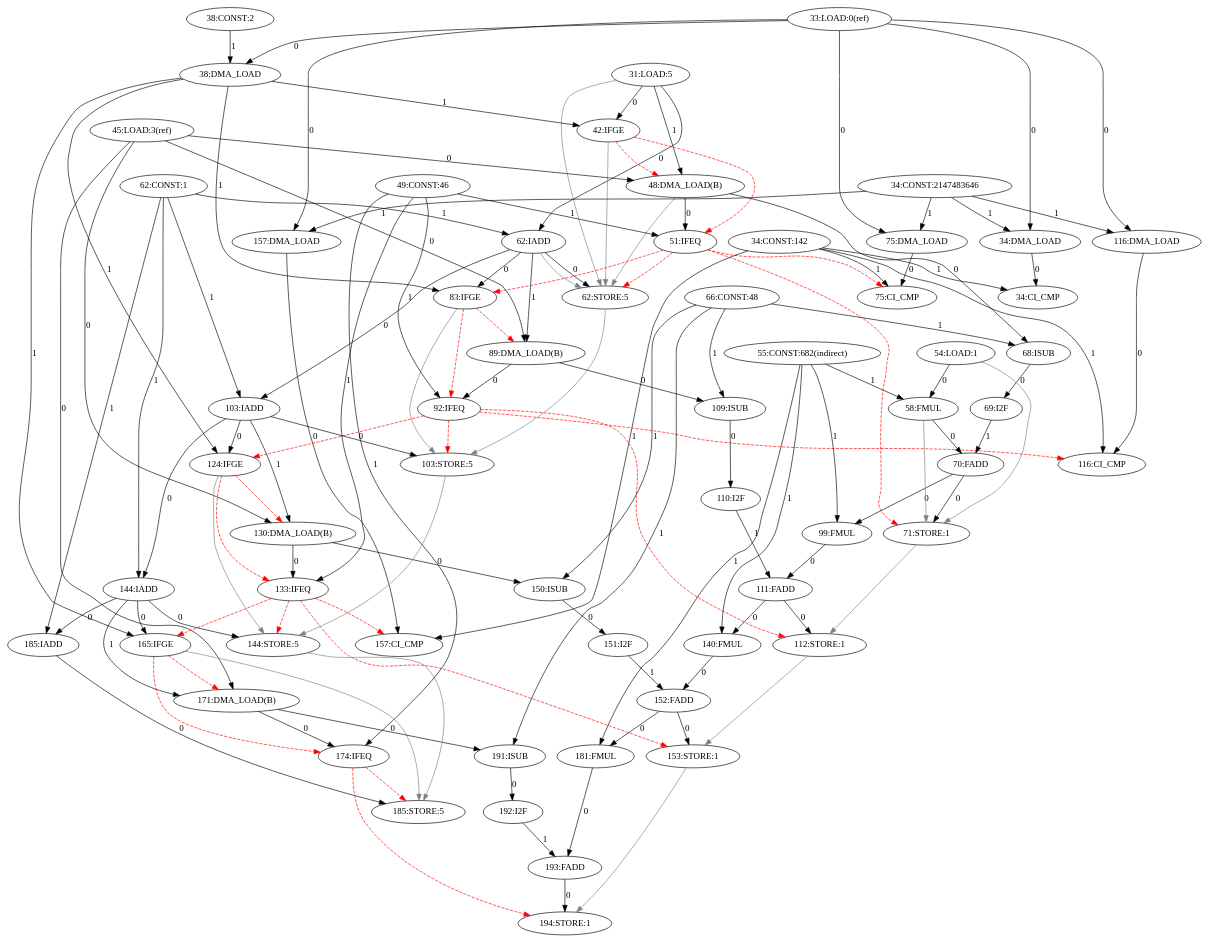
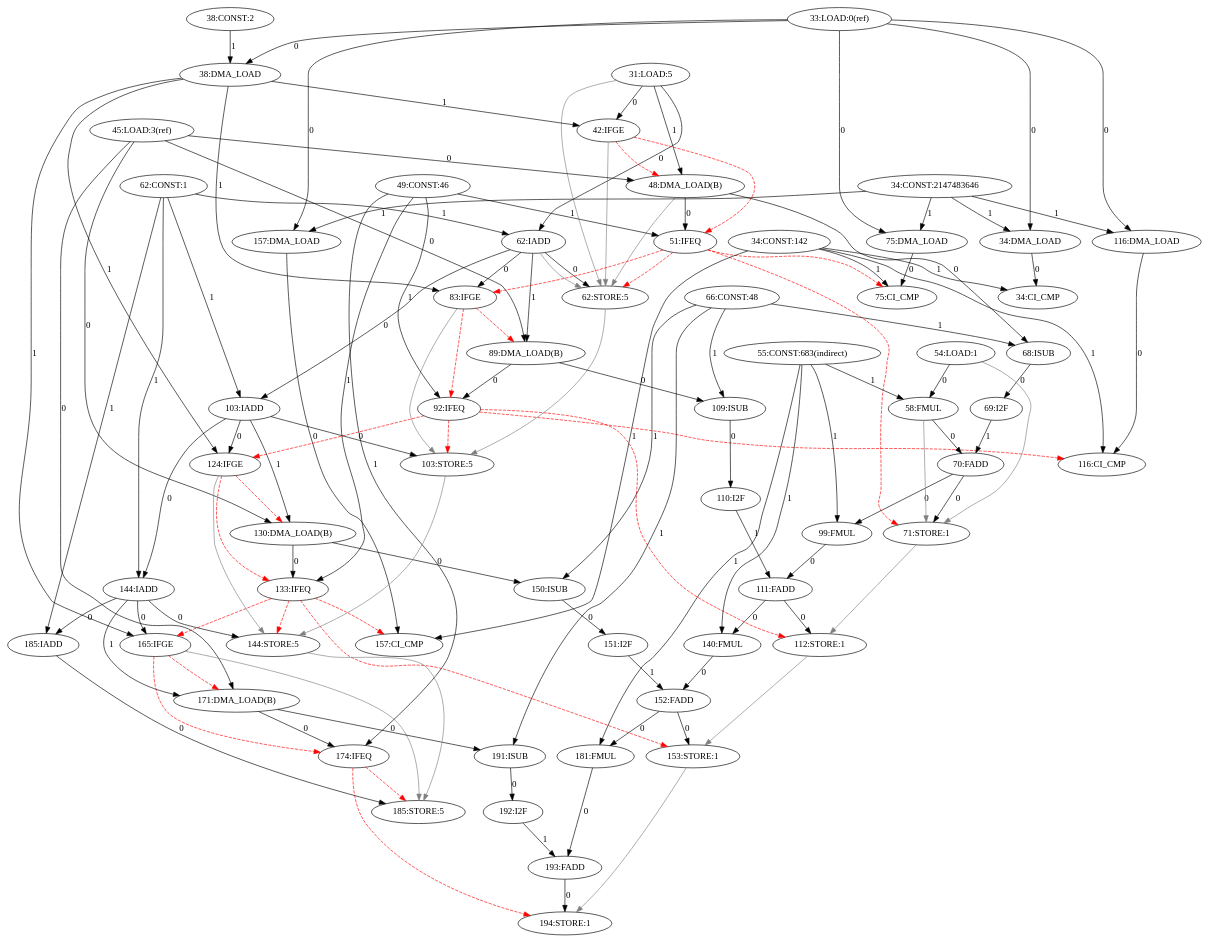
The diagram in amidar-sim2/Amidar/log/java.lang.Float.parseFloat(Ljava.lang.String;)F-31-198-CDFG.dot (Ana-Borg/CGRA-Versuch), drawn with Graphviz before and after one commit. The commit also changed 90 other files, not shown here.

```diff
--- a/amidar-sim2/Amidar/log/java.lang.Float.parseFloat(Ljava.lang.String;)F-31-198-CDFG.dot
+++ b/amidar-sim2/Amidar/log/java.lang.Float.parseFloat(Ljava.lang.String;)F-31-198-CDFG.dot
@@ -1,125 +1,125 @@
 digraph depgraph {
 "62:IADD" -> "62:STORE:5"[label=0];
 "31:LOAD:5" -> "62:STORE:5"[color=gray];
 "42:IFGE" -> "62:STORE:5"[color=gray];
 "48:DMA_LOAD(B)" -> "62:STORE:5"[color=gray];
 "51:IFEQ" -> "62:STORE:5"[color=red,style=dashed];
 "62:IADD" -> "62:STORE:5"[color=gray];
 "31:LOAD:5" -> "42:IFGE"[label=0];
 "38:DMA_LOAD" -> "42:IFGE"[label=1];
 "45:LOAD:3(ref)" -> "48:DMA_LOAD(B)"[label=0];
 "31:LOAD:5" -> "48:DMA_LOAD(B)"[label=1];
 "42:IFGE" -> "48:DMA_LOAD(B)"[color=red,style=dashed];
 "31:LOAD:5" -> "62:IADD"[label=0];
 "62:CONST:1" -> "62:IADD"[label=1];
 "33:LOAD:0(ref)" -> "34:DMA_LOAD"[label=0];
 "34:CONST:2147483646" -> "34:DMA_LOAD"[label=1];
 "33:LOAD:0(ref)" -> "38:DMA_LOAD"[label=0];
 "38:CONST:2" -> "38:DMA_LOAD"[label=1];
 "33:LOAD:0(ref)" -> "75:DMA_LOAD"[label=0];
 "34:CONST:2147483646" -> "75:DMA_LOAD"[label=1];
 "33:LOAD:0(ref)" -> "116:DMA_LOAD"[label=0];
 "34:CONST:2147483646" -> "116:DMA_LOAD"[label=1];
 "33:LOAD:0(ref)" -> "157:DMA_LOAD"[label=0];
 "34:CONST:2147483646" -> "157:DMA_LOAD"[label=1];
 "34:DMA_LOAD" -> "34:CI_CMP"[label=0];
 "34:CONST:142" -> "34:CI_CMP"[label=1];
 "75:DMA_LOAD" -> "75:CI_CMP"[label=0];
 "34:CONST:142" -> "75:CI_CMP"[label=1];
 "51:IFEQ" -> "75:CI_CMP"[color=red,style=dashed];
 "116:DMA_LOAD" -> "116:CI_CMP"[label=0];
 "34:CONST:142" -> "116:CI_CMP"[label=1];
 "92:IFEQ" -> "116:CI_CMP"[color=red,style=dashed];
 "157:DMA_LOAD" -> "157:CI_CMP"[label=0];
 "34:CONST:142" -> "157:CI_CMP"[label=1];
 "133:IFEQ" -> "157:CI_CMP"[color=red,style=dashed];
 "62:IADD" -> "83:IFGE"[label=0];
 "38:DMA_LOAD" -> "83:IFGE"[label=1];
 "51:IFEQ" -> "83:IFGE"[color=red,style=dashed];
 "103:IADD" -> "124:IFGE"[label=0];
 "38:DMA_LOAD" -> "124:IFGE"[label=1];
 "92:IFEQ" -> "124:IFGE"[color=red,style=dashed];
 "144:IADD" -> "165:IFGE"[label=0];
 "38:DMA_LOAD" -> "165:IFGE"[label=1];
 "133:IFEQ" -> "165:IFGE"[color=red,style=dashed];
 "48:DMA_LOAD(B)" -> "51:IFEQ"[label=0];
 "49:CONST:46" -> "51:IFEQ"[label=1];
 "42:IFGE" -> "51:IFEQ"[color=red,style=dashed];
 "45:LOAD:3(ref)" -> "89:DMA_LOAD(B)"[label=0];
 "62:IADD" -> "89:DMA_LOAD(B)"[label=1];
 "83:IFGE" -> "89:DMA_LOAD(B)"[color=red,style=dashed];
 "45:LOAD:3(ref)" -> "130:DMA_LOAD(B)"[label=0];
 "103:IADD" -> "130:DMA_LOAD(B)"[label=1];
 "124:IFGE" -> "130:DMA_LOAD(B)"[color=red,style=dashed];
 "45:LOAD:3(ref)" -> "171:DMA_LOAD(B)"[label=0];
 "144:IADD" -> "171:DMA_LOAD(B)"[label=1];
 "165:IFGE" -> "171:DMA_LOAD(B)"[color=red,style=dashed];
 "48:DMA_LOAD(B)" -> "68:ISUB"[label=0];
 "66:CONST:48" -> "68:ISUB"[label=1];
 "89:DMA_LOAD(B)" -> "92:IFEQ"[label=0];
 "49:CONST:46" -> "92:IFEQ"[label=1];
 "83:IFGE" -> "92:IFEQ"[color=red,style=dashed];
 "130:DMA_LOAD(B)" -> "133:IFEQ"[label=0];
 "49:CONST:46" -> "133:IFEQ"[label=1];
 "124:IFGE" -> "133:IFEQ"[color=red,style=dashed];
 "171:DMA_LOAD(B)" -> "174:IFEQ"[label=0];
 "49:CONST:46" -> "174:IFEQ"[label=1];
 "165:IFGE" -> "174:IFEQ"[color=red,style=dashed];
 "70:FADD" -> "71:STORE:1"[label=0];
 "51:IFEQ" -> "71:STORE:1"[color=red,style=dashed];
 "54:LOAD:1" -> "71:STORE:1"[color=gray];
 "58:FMUL" -> "71:STORE:1"[color=gray];
 "54:LOAD:1" -> "58:FMUL"[label=0];
-"55:CONST:682(indirect)" -> "58:FMUL"[label=1];
+"55:CONST:683(indirect)" -> "58:FMUL"[label=1];
 "70:FADD" -> "99:FMUL"[label=0];
-"55:CONST:682(indirect)" -> "99:FMUL"[label=1];
+"55:CONST:683(indirect)" -> "99:FMUL"[label=1];
 "111:FADD" -> "140:FMUL"[label=0];
-"55:CONST:682(indirect)" -> "140:FMUL"[label=1];
+"55:CONST:683(indirect)" -> "140:FMUL"[label=1];
 "152:FADD" -> "181:FMUL"[label=0];
-"55:CONST:682(indirect)" -> "181:FMUL"[label=1];
+"55:CONST:683(indirect)" -> "181:FMUL"[label=1];
 "58:FMUL" -> "70:FADD"[label=0];
 "69:I2F" -> "70:FADD"[label=1];
 "62:IADD" -> "103:IADD"[label=0];
 "62:CONST:1" -> "103:IADD"[label=1];
 "103:IADD" -> "144:IADD"[label=0];
 "62:CONST:1" -> "144:IADD"[label=1];
 "144:IADD" -> "185:IADD"[label=0];
 "62:CONST:1" -> "185:IADD"[label=1];
 "103:IADD" -> "103:STORE:5"[label=0];
 "62:STORE:5" -> "103:STORE:5"[color=gray];
 "83:IFGE" -> "103:STORE:5"[color=gray];
 "92:IFEQ" -> "103:STORE:5"[color=red,style=dashed];
 "89:DMA_LOAD(B)" -> "109:ISUB"[label=0];
 "66:CONST:48" -> "109:ISUB"[label=1];
 "130:DMA_LOAD(B)" -> "150:ISUB"[label=0];
 "66:CONST:48" -> "150:ISUB"[label=1];
 "171:DMA_LOAD(B)" -> "191:ISUB"[label=0];
 "66:CONST:48" -> "191:ISUB"[label=1];
 "68:ISUB" -> "69:I2F"[label=0];
 "111:FADD" -> "112:STORE:1"[label=0];
 "71:STORE:1" -> "112:STORE:1"[color=gray];
 "92:IFEQ" -> "112:STORE:1"[color=red,style=dashed];
 "99:FMUL" -> "111:FADD"[label=0];
 "110:I2F" -> "111:FADD"[label=1];
 "144:IADD" -> "144:STORE:5"[label=0];
 "103:STORE:5" -> "144:STORE:5"[color=gray];
 "124:IFGE" -> "144:STORE:5"[color=gray];
 "133:IFEQ" -> "144:STORE:5"[color=red,style=dashed];
 "109:ISUB" -> "110:I2F"[label=0];
 "152:FADD" -> "153:STORE:1"[label=0];
 "112:STORE:1" -> "153:STORE:1"[color=gray];
 "133:IFEQ" -> "153:STORE:1"[color=red,style=dashed];
 "140:FMUL" -> "152:FADD"[label=0];
 "151:I2F" -> "152:FADD"[label=1];
 "185:IADD" -> "185:STORE:5"[label=0];
 "144:STORE:5" -> "185:STORE:5"[color=gray];
 "165:IFGE" -> "185:STORE:5"[color=gray];
 "174:IFEQ" -> "185:STORE:5"[color=red,style=dashed];
 "150:ISUB" -> "151:I2F"[label=0];
 "193:FADD" -> "194:STORE:1"[label=0];
 "153:STORE:1" -> "194:STORE:1"[color=gray];
 "174:IFEQ" -> "194:STORE:1"[color=red,style=dashed];
 "181:FMUL" -> "193:FADD"[label=0];
 "192:I2F" -> "193:FADD"[label=1];
 "191:ISUB" -> "192:I2F"[label=0];
 }
```
